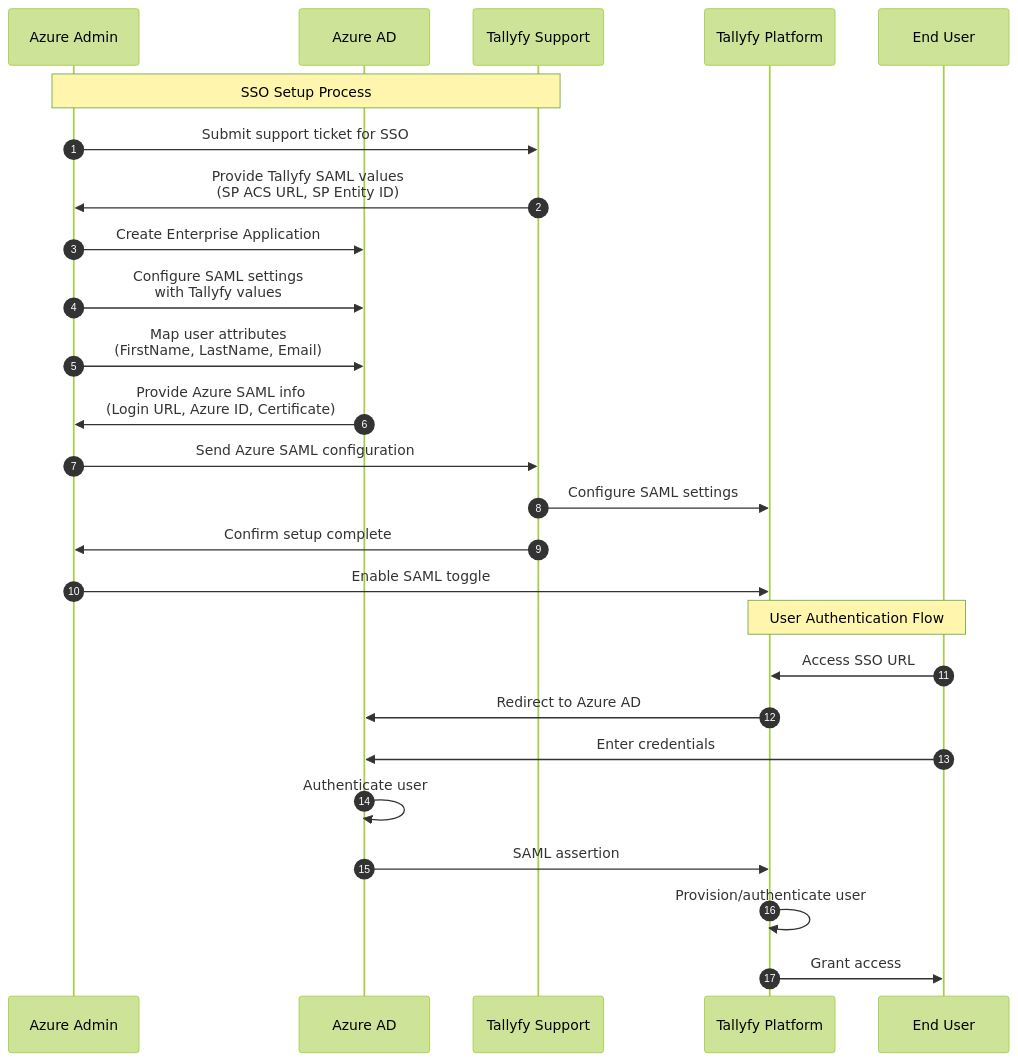
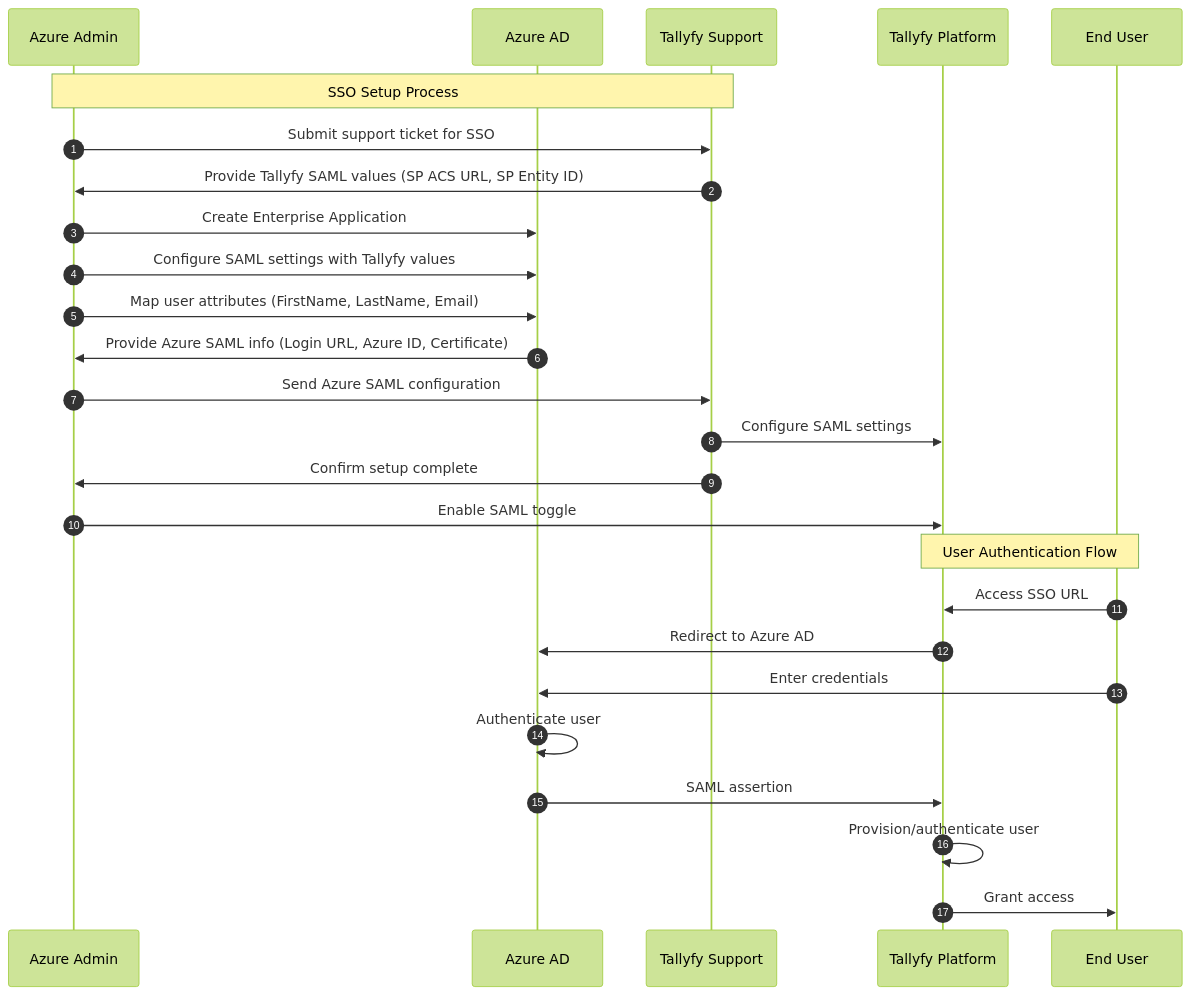
The diagram in src/content/docs/pro/integrations/authentication/how-to-integrate-azure-ad-samlsso-with-tallyfy.mdx (tallyfy/documentation), drawn with Mermaid before and after one commit. The commit also changed 46 other files, not shown here.

Commit message:
Update Mermaid notation

````diff
--- a/src/content/docs/pro/integrations/authentication/how-to-integrate-azure-ad-samlsso-with-tallyfy.mdx
+++ b/src/content/docs/pro/integrations/authentication/how-to-integrate-azure-ad-samlsso-with-tallyfy.mdx
@@ -41,36 +41,36 @@
 ```mermaid
 %%{init: {'theme':'forest'}}%%
 sequenceDiagram
-    autonumber
-    participant Admin as Azure Admin
-    participant Azure as Azure AD
-    participant Support as Tallyfy Support
-    participant Tallyfy as Tallyfy Platform
-    participant User as End User
-    
-    Note over Admin,Support: SSO Setup Process
-    
-    Admin->>Support: Submit support ticket for SSO
-    Support->>Admin: Provide Tallyfy SAML values<br/>(SP ACS URL, SP Entity ID)
-    
-    Admin->>Azure: Create Enterprise Application
-    Admin->>Azure: Configure SAML settings<br/>with Tallyfy values
-    Admin->>Azure: Map user attributes<br/>(FirstName, LastName, Email)
-    
-    Azure->>Admin: Provide Azure SAML info<br/>(Login URL, Azure ID, Certificate)
-    Admin->>Support: Send Azure SAML configuration
-    
-    Support->>Tallyfy: Configure SAML settings
-    Support->>Admin: Confirm setup complete
-    Admin->>Tallyfy: Enable SAML toggle
-    
-    Note over User,Tallyfy: User Authentication Flow
-    
-    User->>Tallyfy: Access SSO URL
-    Tallyfy->>Azure: Redirect to Azure AD
-    User->>Azure: Enter credentials
-    Azure->>Azure: Authenticate user
-    Azure->>Tallyfy: SAML assertion
-    Tallyfy->>Tallyfy: Provision/authenticate user
-    Tallyfy->>User: Grant access
+ autonumber
+ participant Admin as Azure Admin
+ participant Azure as Azure AD
+ participant Support as Tallyfy Support
+ participant Tallyfy as Tallyfy Platform
+ participant User as End User
+ 
+ Note over Admin,Support: SSO Setup Process
+ 
+ Admin->>Support: Submit support ticket for SSO
+ Support->>Admin: Provide Tallyfy SAML values (SP ACS URL, SP Entity ID)
+ 
+ Admin->>Azure: Create Enterprise Application
+ Admin->>Azure: Configure SAML settings with Tallyfy values
+ Admin->>Azure: Map user attributes (FirstName, LastName, Email)
+ 
+ Azure->>Admin: Provide Azure SAML info (Login URL, Azure ID, Certificate)
+ Admin->>Support: Send Azure SAML configuration
+ 
+ Support->>Tallyfy: Configure SAML settings
+ Support->>Admin: Confirm setup complete
+ Admin->>Tallyfy: Enable SAML toggle
+ 
+ Note over User,Tallyfy: User Authentication Flow
+ 
+ User->>Tallyfy: Access SSO URL
+ Tallyfy->>Azure: Redirect to Azure AD
+ User->>Azure: Enter credentials
+ Azure->>Azure: Authenticate user
+ Azure->>Tallyfy: SAML assertion
+ Tallyfy->>Tallyfy: Provision/authenticate user
+ Tallyfy->>User: Grant access
 ```
````
